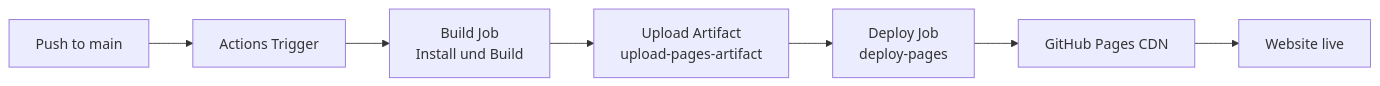
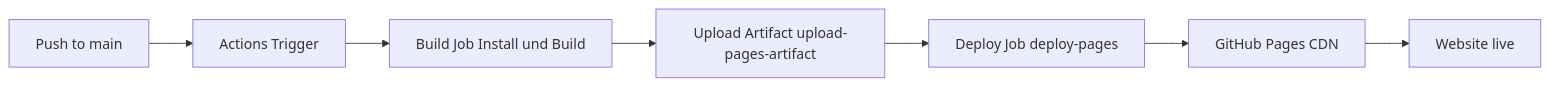
Before and after one commit to SoniiiT/notes-n-docs: the diagram in Microsoft 365/GitHub/GitHub Pages.md, drawn with Mermaid. The commit also changed 124 other files, not shown here.

First line of the commit message:
fix: Entferne \n aus allen Mermaid-Diagrammen (125 Dateien)

````diff
--- a/Microsoft 365/GitHub/GitHub Pages.md
+++ b/Microsoft 365/GitHub/GitHub Pages.md
@@ -245,9 +245,9 @@
 ```mermaid
 flowchart LR
     A[Push to main] --> B[Actions Trigger]
-    B --> C[Build Job\nInstall und Build]
-    C --> D[Upload Artifact\nupload-pages-artifact]
-    D --> E[Deploy Job\ndeploy-pages]
+    B --> C[Build Job Install und Build]
+    C --> D[Upload Artifact upload-pages-artifact]
+    D --> E[Deploy Job deploy-pages]
     E --> F[GitHub Pages CDN]
     F --> G[Website live]
 ```
````
